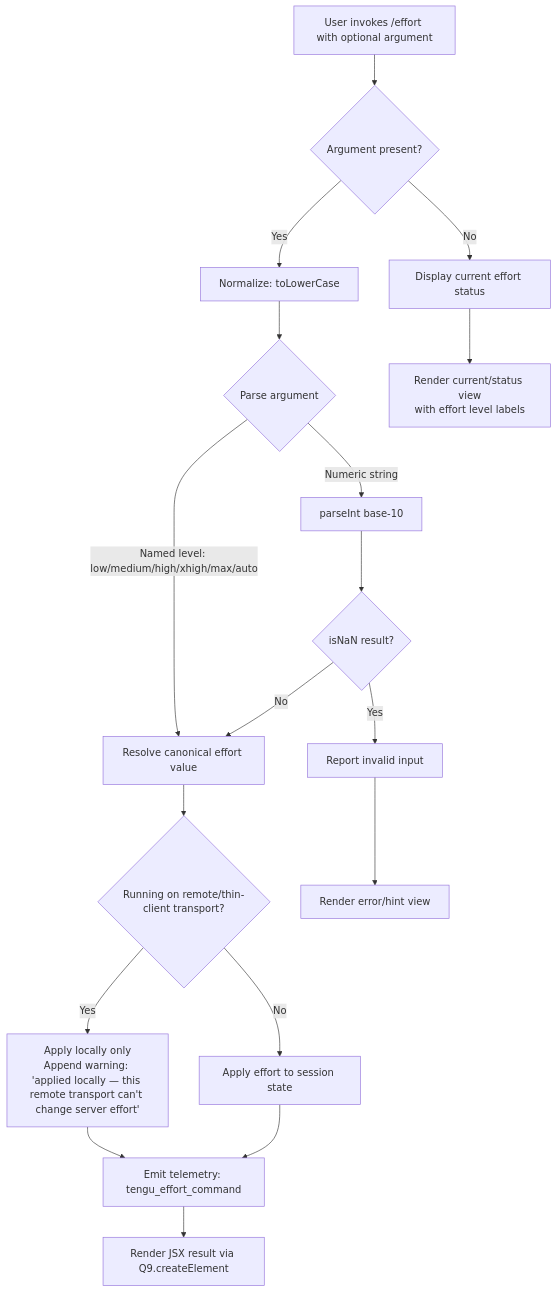
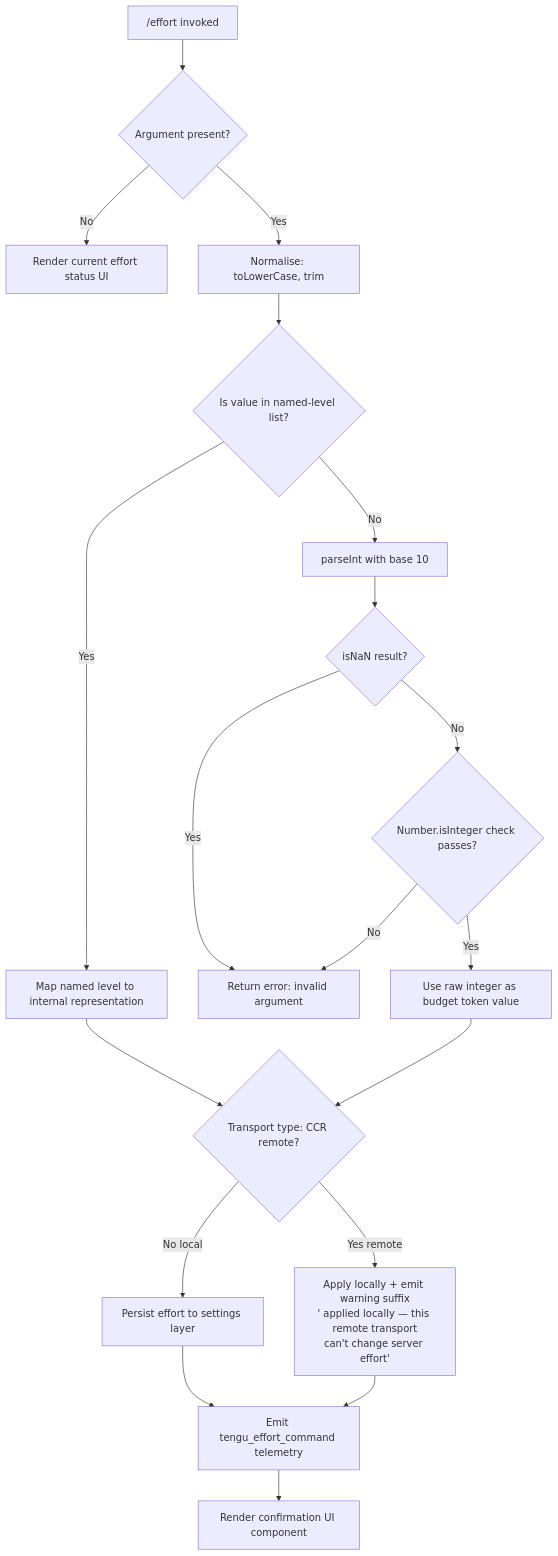
One commit to MyLittleLuckyDog/cc-gnothi changed the diagram in versions/v2.1.143/effort.md. Above: the diagram before and after it, drawn with Mermaid. The commit also changed other lines of this file and 87 other files, not shown here.

````diff
--- a/versions/v2.1.143/effort.md
+++ b/versions/v2.1.143/effort.md
@@ -47,20 +47,21 @@
 ```mermaid
 flowchart TD
-    A[User invokes /effort with optional argument] --> B{Argument present?}
-    B -- No --> C[Display current effort status]
-    B -- Yes --> D[Normalize: toLowerCase]
-    D --> E{Parse argument}
-    E -- Named level: low/medium/high/xhigh/max/auto --> F[Resolve canonical effort value]
-    E -- Numeric string --> G[parseInt base-10]
+    A["/effort invoked"] --> B{Argument present?}
+    B -- No --> C[Render current effort status UI]
+    B -- Yes --> D[Normalise: toLowerCase, trim]
+    D --> E{Is value in named-level list?}
+    E -- Yes --> F[Map named level to internal representation]
+    E -- No --> G[parseInt with base 10]
     G --> H{isNaN result?}
-    H -- Yes --> I[Report invalid input]
-    H -- No --> F
-    F --> J{Running on remote/thin-client transport?}
-    J -- Yes --> K[Apply locally only\nAppend warning: 'applied locally — this remote transport can't change server effort']
-    J -- No --> L[Apply effort to session state]
-    K --> M[Emit telemetry: tengu_effort_command]
-    L --> M
-    M --> N[Render JSX result via Q9.createElement]
-    C --> O[Render current/status view\nwith effort level labels]
-    I --> P[Render error/hint view]
+    H -- Yes --> I[Return error: invalid argument]
+    H -- No --> J{Number.isInteger check passes?}
+    J -- No --> I
+    J -- Yes --> K[Use raw integer as budget token value]
+    F --> L{Transport type: CCR remote?}
+    K --> L
+    L -- Yes remote --> M[Apply locally + emit warning suffix\n' applied locally — this remote transport\ncan't change server effort']
+    L -- No local --> N[Persist effort to settings layer]
+    N --> O[Emit tengu_effort_command telemetry]
+    M --> O
+    O --> P[Render confirmation UI component]
 ```
````
